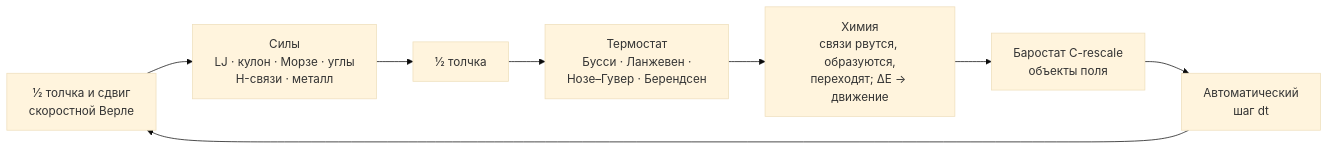
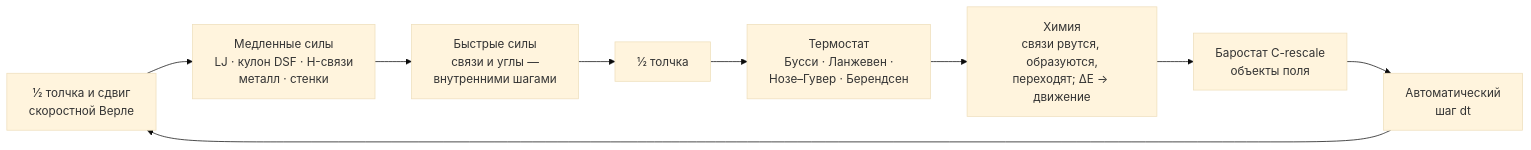
Before and after one commit to felixxxrrr8-afk/Atoms: the diagram in README.ru.md, drawn with Mermaid (base theme). The commit also changed other lines of this file and 119 other files, not shown here.

````diff
--- a/README.ru.md
+++ b/README.ru.md
@@ -294,10 +384,11 @@
 ```mermaid
 flowchart LR
-    A["½ толчка и сдвиг<br>скоростной Верле"] --> B["Силы<br>LJ · кулон · Морзе · углы<br>H-связи · металл"]
-    B --> C["½ толчка"]
+    A["½ толчка и сдвиг<br>скоростной Верле"] --> B["Медленные силы<br>LJ · кулон DSF · H-связи<br>металл · стенки"]
+    B --> R["Быстрые силы<br>связи и углы —<br>внутренними шагами"]
+    R --> C["½ толчка"]
     C --> D["Термостат<br>Бусси · Ланжевен ·<br>Нозе–Гувер · Берендсен"]
     D --> E["Химия<br>связи рвутся, образуются,<br>переходят; ΔE → движение"]
     E --> F["Баростат C-rescale<br>объекты поля"]
     F --> G["Автоматический<br>шаг dt"]
     G --> A
 ```
````
